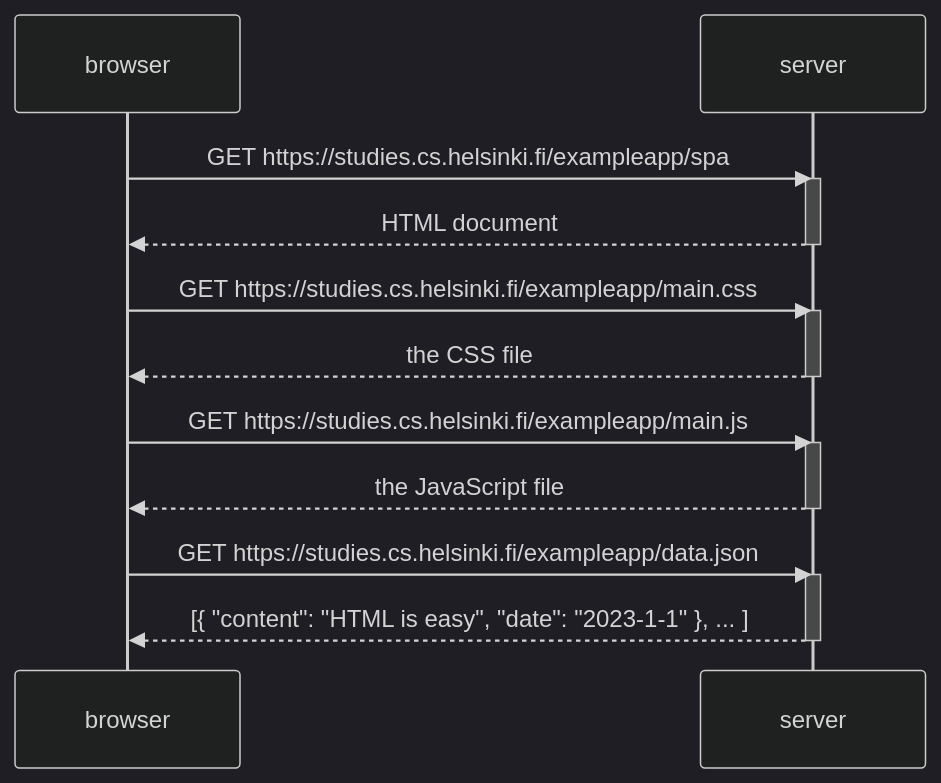
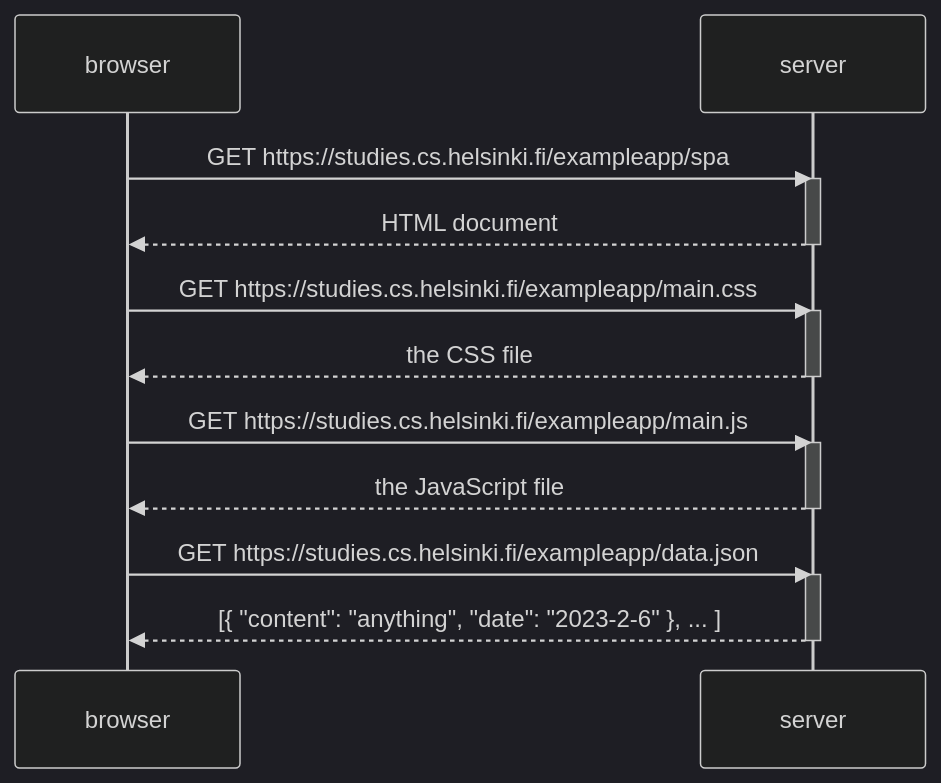
The diagram in Part0/exerxise 0.5/README.md (Nadim-2022/Full-Stack-Web-Development), drawn with Mermaid (dark theme) before and after one commit. The commit also changed other lines of this file, not shown here.

````diff
--- a/Part0/exerxise 0.5/README.md
+++ b/Part0/exerxise 0.5/README.md
@@ -32,25 +32,25 @@
 ```mermaid
 sequenceDiagram
     participant browser
     participant server
     
     browser->>server: GET https://studies.cs.helsinki.fi/exampleapp/spa
     activate server
     server-->>browser: HTML document
     deactivate server
 
     browser->>server: GET https://studies.cs.helsinki.fi/exampleapp/main.css
     activate server
     server-->>browser: the CSS file
     deactivate server
 
     browser->>server: GET https://studies.cs.helsinki.fi/exampleapp/main.js
     activate server
     server-->>browser: the JavaScript file
     deactivate server
     
     browser->>server: GET https://studies.cs.helsinki.fi/exampleapp/data.json
     activate server
-    server-->>browser: [{ "content": "HTML is easy", "date": "2023-1-1" }, ... ]
+    server-->>browser: [{ "content": "anything", "date": "2023-2-6" }, ... ]
     deactivate server
 ```
````
